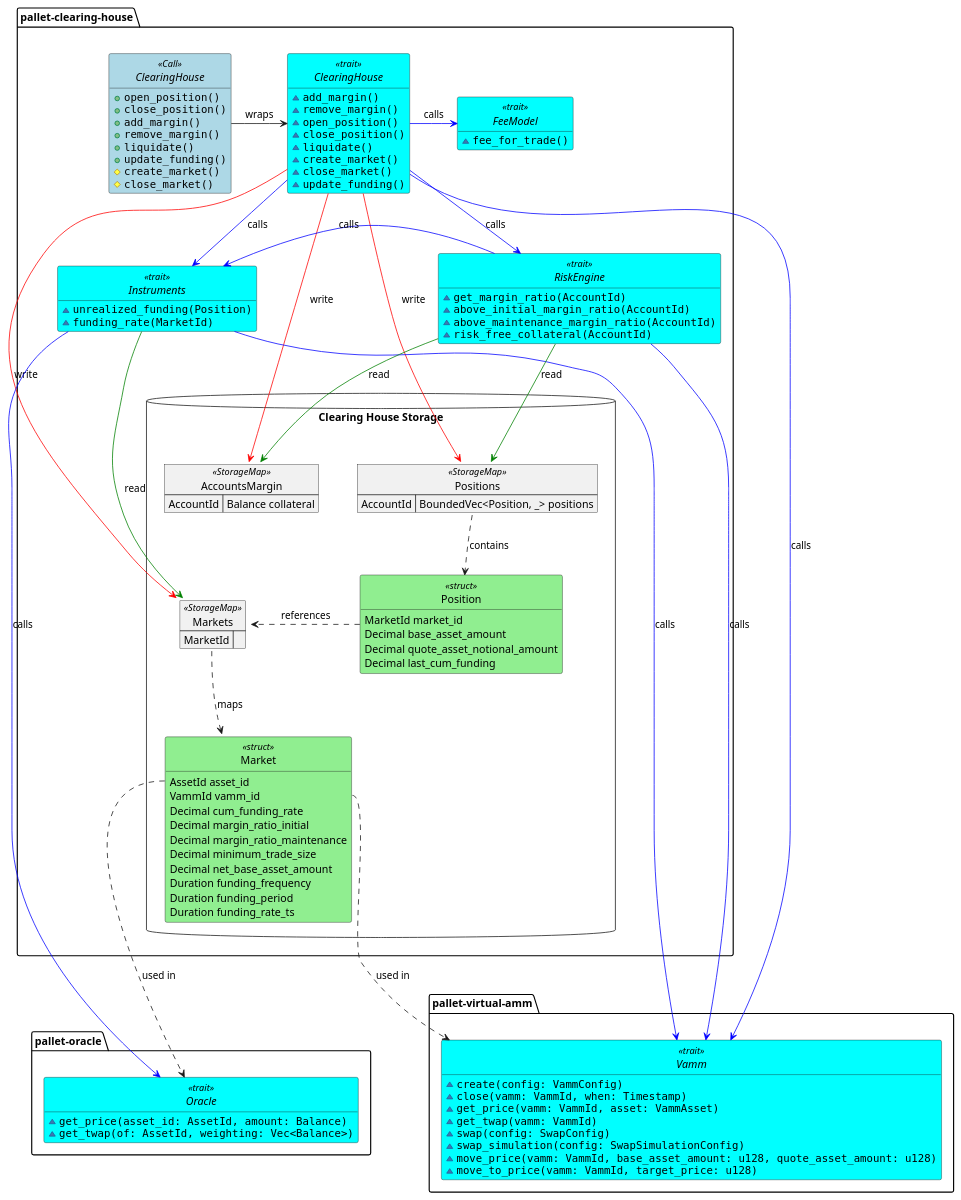
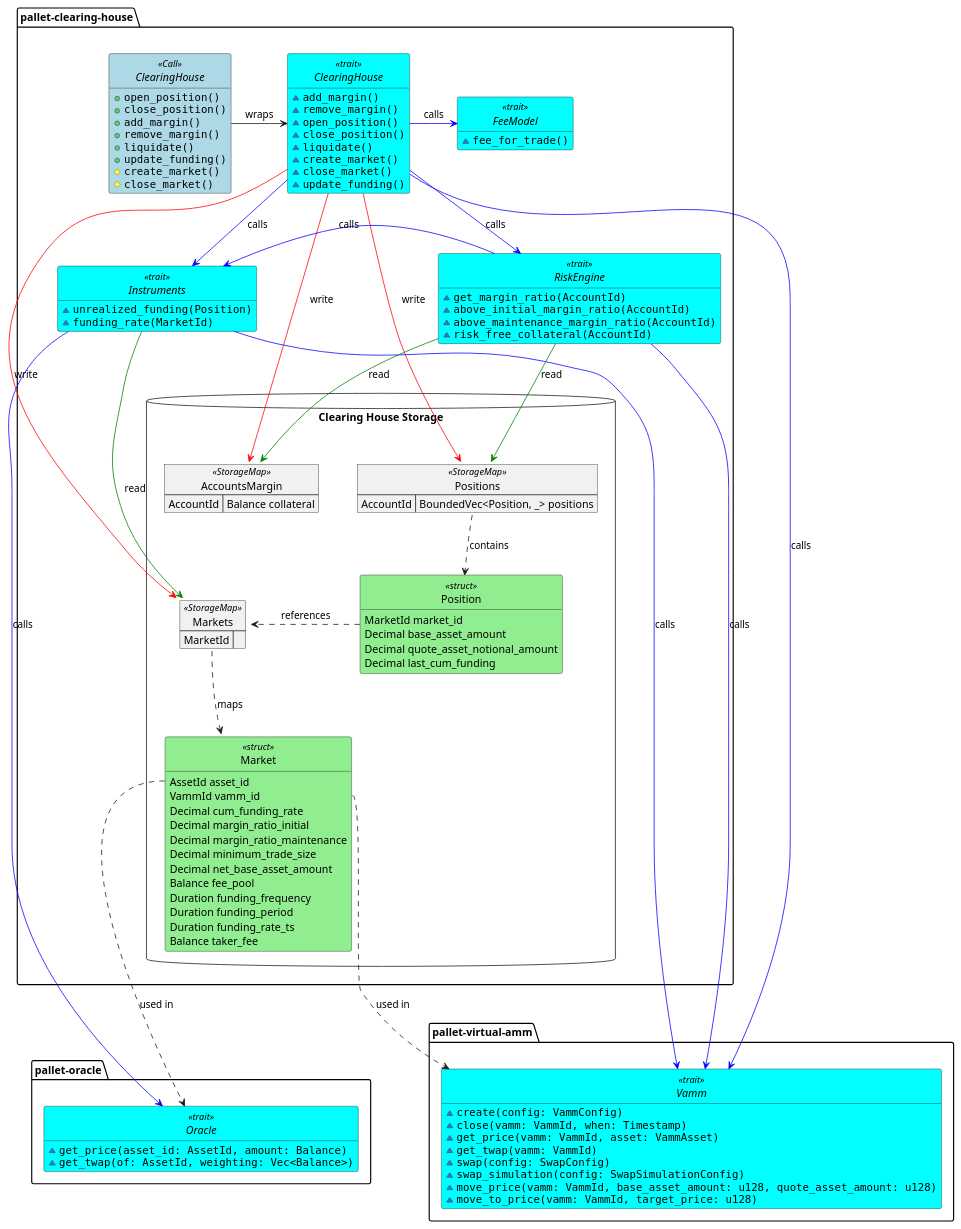
One commit to ComposableFi/composable changed the diagram in frame/clearing-house/diagrams/clearing-house.plantuml. Above: the diagram before and after it, drawn with PlantUML.

Commit message:
docs(CH): update market struct diagram

```diff
--- a/frame/clearing-house/diagrams/clearing-house.plantuml
+++ b/frame/clearing-house/diagrams/clearing-house.plantuml
@@ -1,158 +1,160 @@
 @startuml clearing-house
 
 <style>
 .struct {
     BackgroundColor LightGreen
 }
 .Call {
     BackgroundColor LightBlue
 }
 .trait {
     BackgroundColor Cyan
 }
 </style>
 
 package "pallet-clearing-house" {
     interface ClearingHouse <<Call>> {
         + ""open_position()""
         + ""close_position()""
         + ""add_margin()""
         + ""remove_margin()""
         + ""liquidate()""
         + ""update_funding()""
         # ""create_market()""
         # ""close_market()""
     }
 
     interface "ClearingHouse" as CH <<trait>> {
         ~ ""add_margin()""
         ~ ""remove_margin()""
         ~ ""open_position()""
         ~ ""close_position()""
         ~ ""liquidate()""
         ~ ""create_market()""
         ~ ""close_market()""
         ~ ""update_funding()""
     }
     
     interface "RiskEngine" as RETrait <<trait>> {
         ~ ""get_margin_ratio(AccountId)""
         ~ ""above_initial_margin_ratio(AccountId)""
         ~ ""above_maintenance_margin_ratio(AccountId)""
         ~ ""risk_free_collateral(AccountId)""
         '~ get_free_collateral()
     }
     
     interface "Instruments" as ITrait <<trait>> {
         ~ ""unrealized_funding(Position)""
         ~ ""funding_rate(MarketId)""
     }
 
     interface "FeeModel" as FTrait <<trait>> {
         ~ ""fee_for_trade()""
     }
 
     database "Clearing House Storage" {
         map "AccountsMargin" as MarginAccounts <<StorageMap>> {
             AccountId => Balance collateral
         }
 
         map Positions <<StorageMap>> {
             AccountId => BoundedVec<Position, _> positions
         }
 
         map Markets <<StorageMap>> {
             MarketId =>
         }
 
         class Position <<struct>> {
             MarketId market_id
             Decimal base_asset_amount
             Decimal quote_asset_notional_amount
             Decimal last_cum_funding
         }
 
         class Market <<struct>> {
             AssetId asset_id
             VammId vamm_id
             Decimal cum_funding_rate
             Decimal margin_ratio_initial
             Decimal margin_ratio_maintenance
             Decimal minimum_trade_size
             Decimal net_base_asset_amount
+            Balance fee_pool
             Duration funding_frequency
             Duration funding_period
             Duration funding_rate_ts
+            Balance taker_fee
         }
     }
 }
 
 package "pallet-virtual-amm" {
     interface "Vamm" as vAmm <<trait>> {
         ~ ""create(config: VammConfig)""
         ~ ""close(vamm: VammId, when: Timestamp)""
         ~ ""get_price(vamm: VammId, asset: VammAsset)""
         ~ ""get_twap(vamm: VammId)""
         ~ ""swap(config: SwapConfig)""
         ~ ""swap_simulation(config: SwapSimulationConfig)""
         ~ ""move_price(vamm: VammId, base_asset_amount: u128, quote_asset_amount: u128)""
         ~ ""move_to_price(vamm: VammId, target_price: u128)""
     }
 }
 
 package "pallet-oracle" {
     interface Oracle <<trait>> {
         ~ ""get_price(asset_id: AssetId, amount: Balance)""
         ~ ""get_twap(of: AssetId, weighting: Vec<Balance>)""
     }
 }
 
 hide empty members
 hide circle
 
 '================== Storage relationships
 Markets ..down> Market : maps
 Market::vamm_id ..> vAmm : used in
 Market::asset_id ..> Oracle : used in
 
 Positions::positions ..down> Position: contains
 Position ..right> Markets : references
 
 '================== Control flow relationships             
 ClearingHouse -> CH : wraps
 
 CH -[#blue]-> ITrait : calls
 
 'add_margin
 'remove_margin
 CH -[#red]-> MarginAccounts : write
 
 'create_market
 'close_market
 CH -[#red]-> Markets : write
 
 'remove_margin
 CH -[#blue]-> RETrait : calls
 
 'open_position
 'close_position
 'liquidate
 CH -[#red]-> Positions : write
 CH -[#blue]right> FTrait : calls
 
 'open_position
 'close_position
 CH -[#blue]-> vAmm : calls
 
 'update_funding
 ITrait -[#green]-> Markets : read
 ITrait -[#blue]-> Oracle : calls
 ITrait -[#blue]-> vAmm : calls
 
 'get_margin_ratio
 RETrait -[#green]-> MarginAccounts : read
 RETrait -[#green]-> Positions : read
 RETrait -left[#blue]> ITrait : calls
 RETrait -[#blue]-> vAmm : calls
 
 @enduml
```
